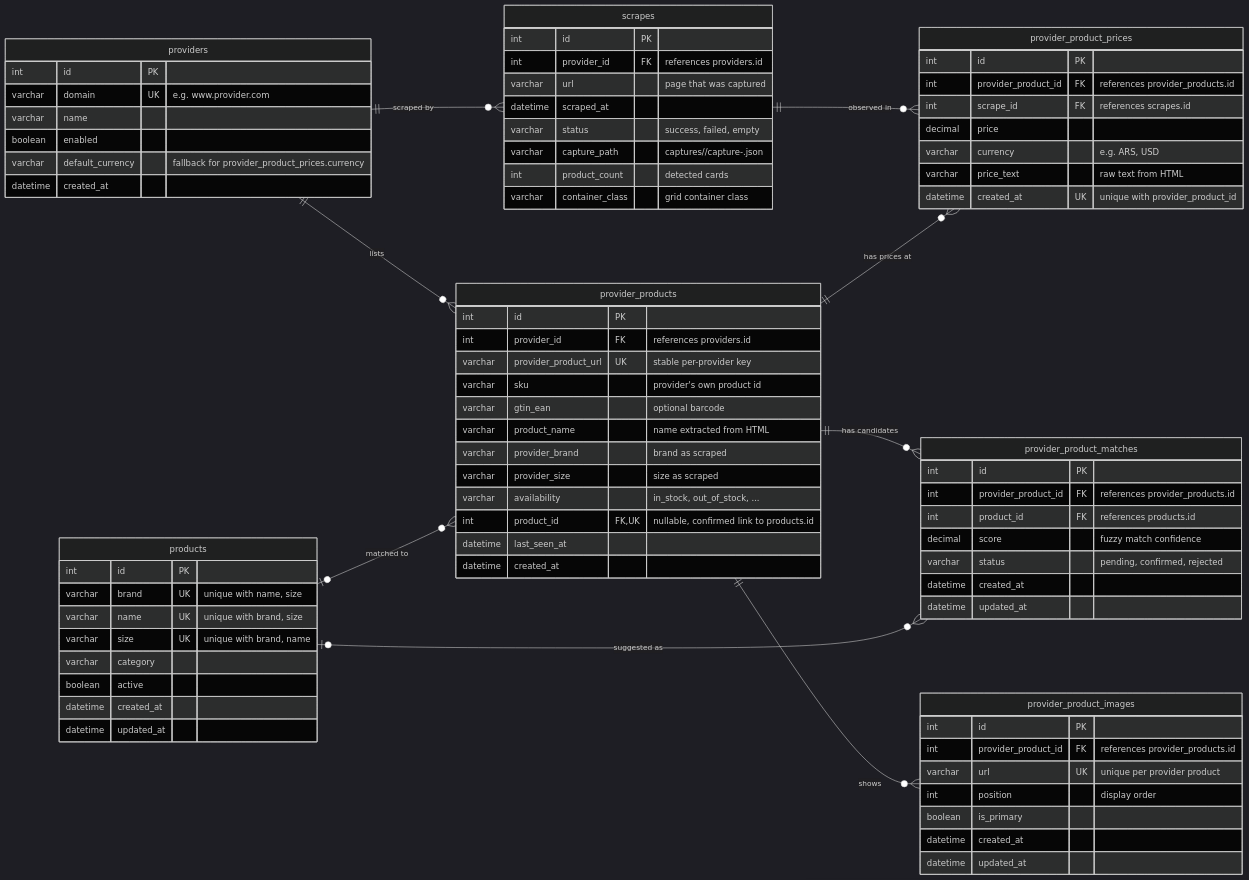
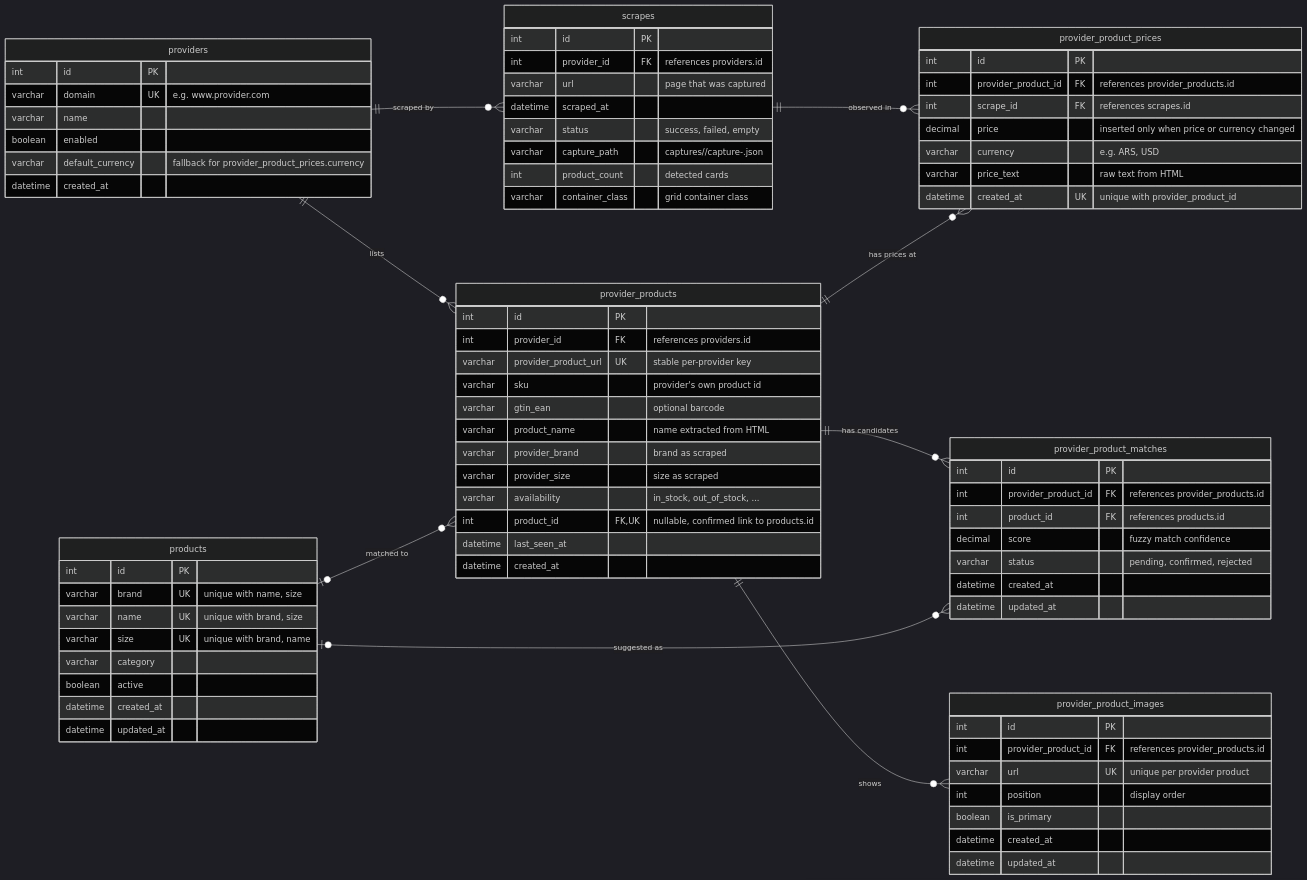
The diagram in DATABASE.md (romayengineer/price_hunter), drawn with Mermaid (dark theme) before and after one commit. The commit also changed other lines of this file and 2 other files, not shown here.

Commit message:
only same price if it changes

```diff
--- a/DATABASE.md
+++ b/DATABASE.md
@@ -76,7 +76,7 @@
         int id PK
         int provider_product_id FK "references provider_products.id"
         int scrape_id FK "references scrapes.id"
-        decimal price
+        decimal price "inserted only when price or currency changed"
         varchar currency "e.g. ARS, USD"
         varchar price_text "raw text from HTML"
         datetime created_at UK "unique with provider_product_id"
```
